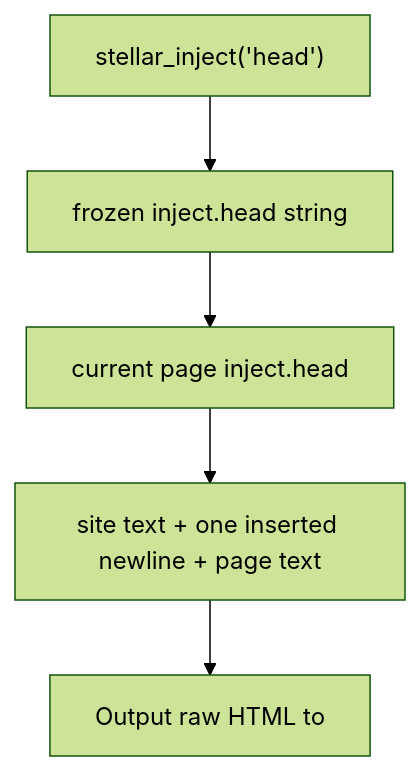
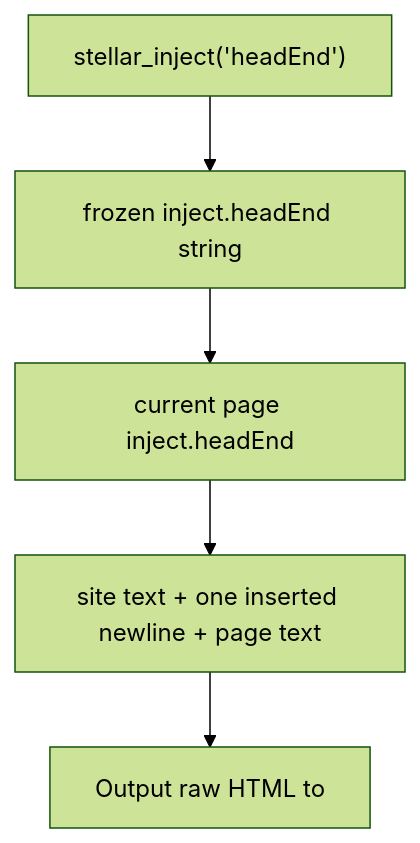
One commit to xaoxuu/hexo-theme-stellar changed the seventh of 8 diagrams in docs/knowledge/02-布局系统/head-seo.md. Above: the diagram before and after it, drawn with Mermaid (forest theme). The commit also changed other lines of this file and 59 other files, not shown here.

````diff
--- a/docs/knowledge/02-布局系统/head-seo.md
+++ b/docs/knowledge/02-布局系统/head-seo.md
@@ -399,7 +399,7 @@
 ```mermaid
 graph TD
-    START["stellar_inject('head')"] --> SITEINJECT["frozen inject.head string"]
-    SITEINJECT --> PAGEINJECT["current page inject.head"]
+    START["stellar_inject('headEnd')"] --> SITEINJECT["frozen inject.headEnd string"]
+    SITEINJECT --> PAGEINJECT["current page inject.headEnd"]
     PAGEINJECT --> CONCAT["site text + one inserted newline + page text"]
     CONCAT --> OUTPUT["Output raw HTML to <head>"]
 ```
````
